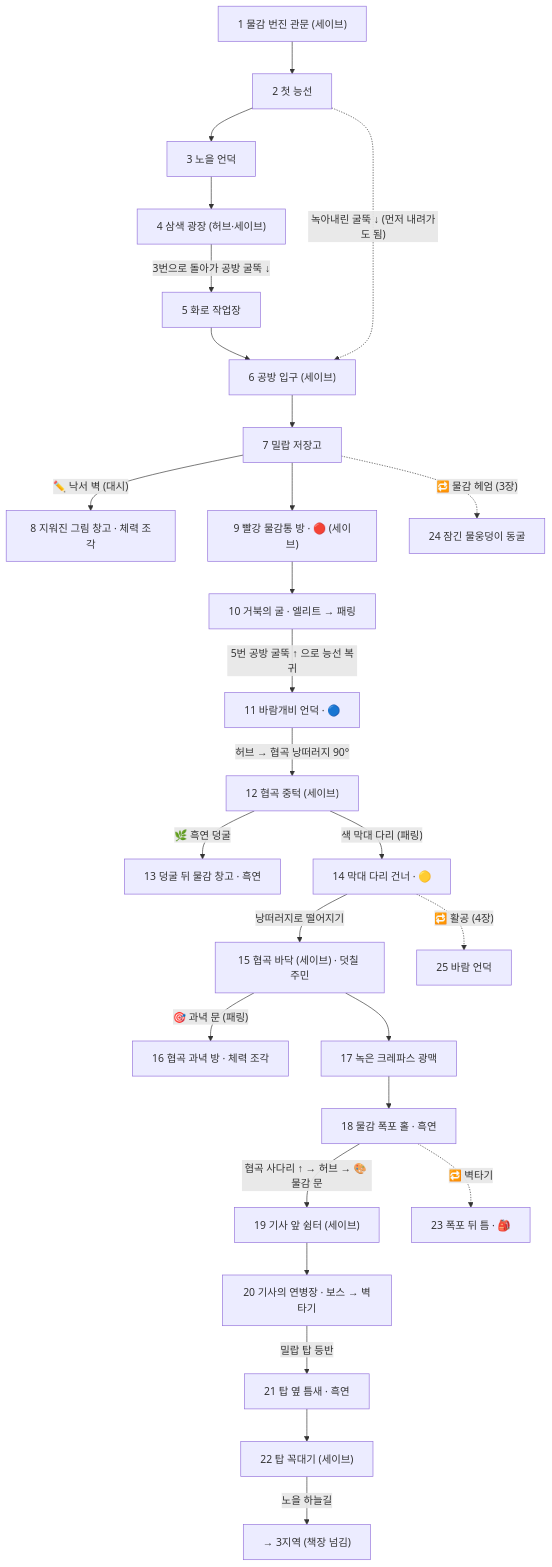
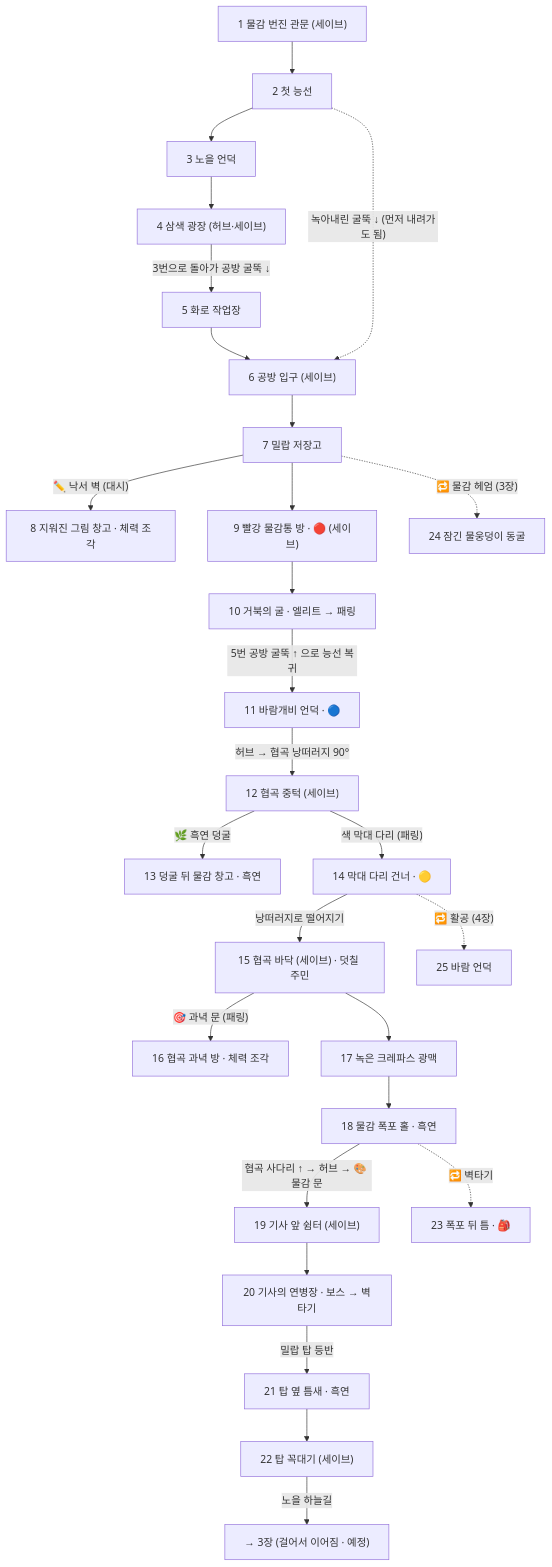
The diagram in Docs/13_2지역_크레파스언덕_맵.md (lde0707/Unfinished-Sketchbook), drawn with Mermaid before and after one commit. The commit also changed other lines of this file and 95 other files, not shown here.

````diff
--- a/Docs/13_2지역_크레파스언덕_맵.md
+++ b/Docs/13_2지역_크레파스언덕_맵.md
@@ -83,20 +84,20 @@
 ```mermaid
 flowchart TD
   R1["1 물감 번진 관문 (세이브)"] --> R2["2 첫 능선"] --> R3["3 노을 언덕"] --> R4["4 삼색 광장 (허브·세이브)"]
   R4 -->|"3번으로 돌아가 공방 굴뚝 ↓"| R5["5 화로 작업장"] --> R6["6 공방 입구 (세이브)"] --> R7["7 밀랍 저장고"]
   R2 -.->|"녹아내린 굴뚝 ↓ (먼저 내려가도 됨)"| R6
   R7 -->|"✏️ 낙서 벽 (대시)"| R8["8 지워진 그림 창고 · 체력 조각"]
   R7 --> R9["9 빨강 물감통 방 · 🔴 (세이브)"] --> R10["10 거북의 굴 · 엘리트 → 패링"]
   R10 -->|"5번 공방 굴뚝 ↑ 으로 능선 복귀"| R11["11 바람개비 언덕 · 🔵"]
   R11 -->|"허브 → 협곡 낭떠러지 90°"| R12["12 협곡 중턱 (세이브)"]
   R12 -->|"🌿 흑연 덩굴"| R13["13 덩굴 뒤 물감 창고 · 흑연"]
   R12 -->|"색 막대 다리 (패링)"| R14["14 막대 다리 건너 · 🟡"]
   R14 -->|"낭떠러지로 떨어지기"| R15["15 협곡 바닥 (세이브) · 덧칠 주민"]
   R15 -->|"🎯 과녁 문 (패링)"| R16["16 협곡 과녁 방 · 체력 조각"]
   R15 --> R17["17 녹은 크레파스 광맥"] --> R18["18 물감 폭포 홀 · 흑연"]
   R18 -->|"협곡 사다리 ↑ → 허브 → 🎨 물감 문"| R19["19 기사 앞 쉼터 (세이브)"] --> R20["20 기사의 연병장 · 보스 → 벽타기"]
-  R20 -->|"밀랍 탑 등반"| R21["21 탑 옆 틈새 · 흑연"] --> R22["22 탑 꼭대기 (세이브)"] -->|"노을 하늘길"| EXIT["→ 3지역 (책장 넘김)"]
+  R20 -->|"밀랍 탑 등반"| R21["21 탑 옆 틈새 · 흑연"] --> R22["22 탑 꼭대기 (세이브)"] -->|"노을 하늘길"| EXIT["→ 3장 (걸어서 이어짐 · 예정)"]
   R18 -.->|"🔁 벽타기"| R23["23 폭포 뒤 틈 · 🎒"]
   R7 -.->|"🔁 물감 헤엄 (3장)"| R24["24 잠긴 물웅덩이 동굴"]
   R14 -.->|"🔁 활공 (4장)"| R25["25 바람 언덕"]
 ```
````
